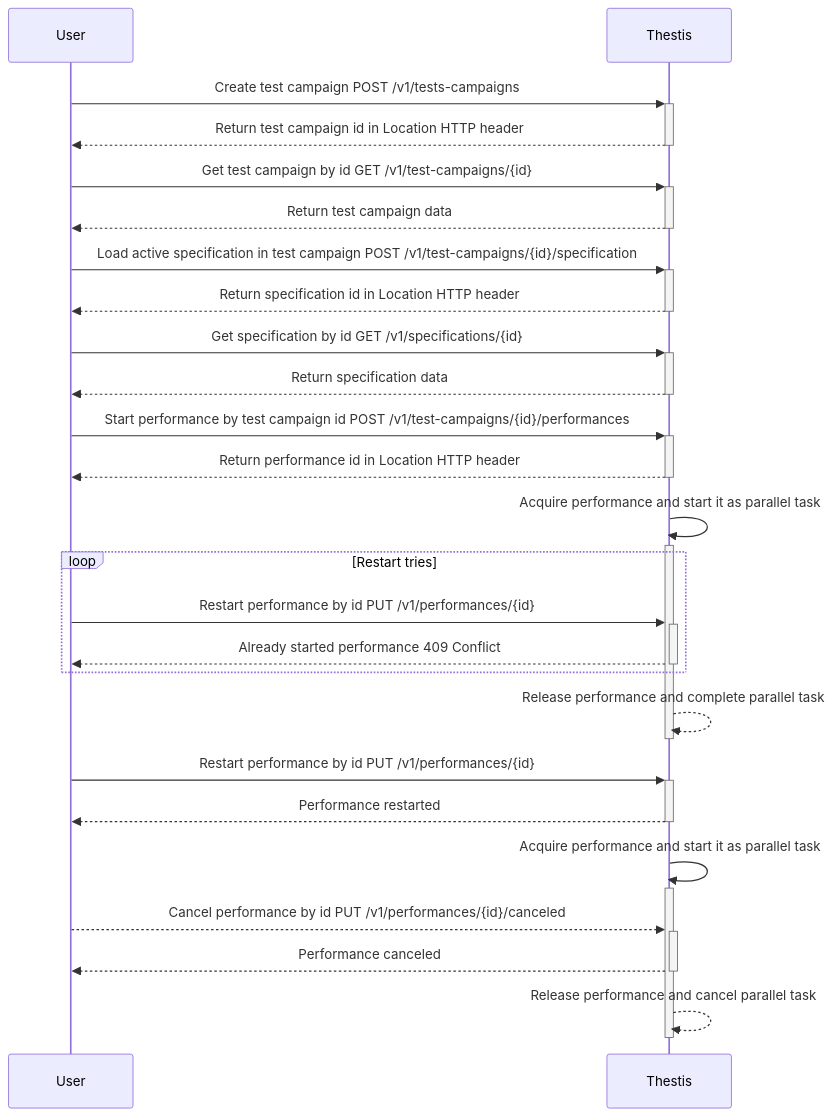
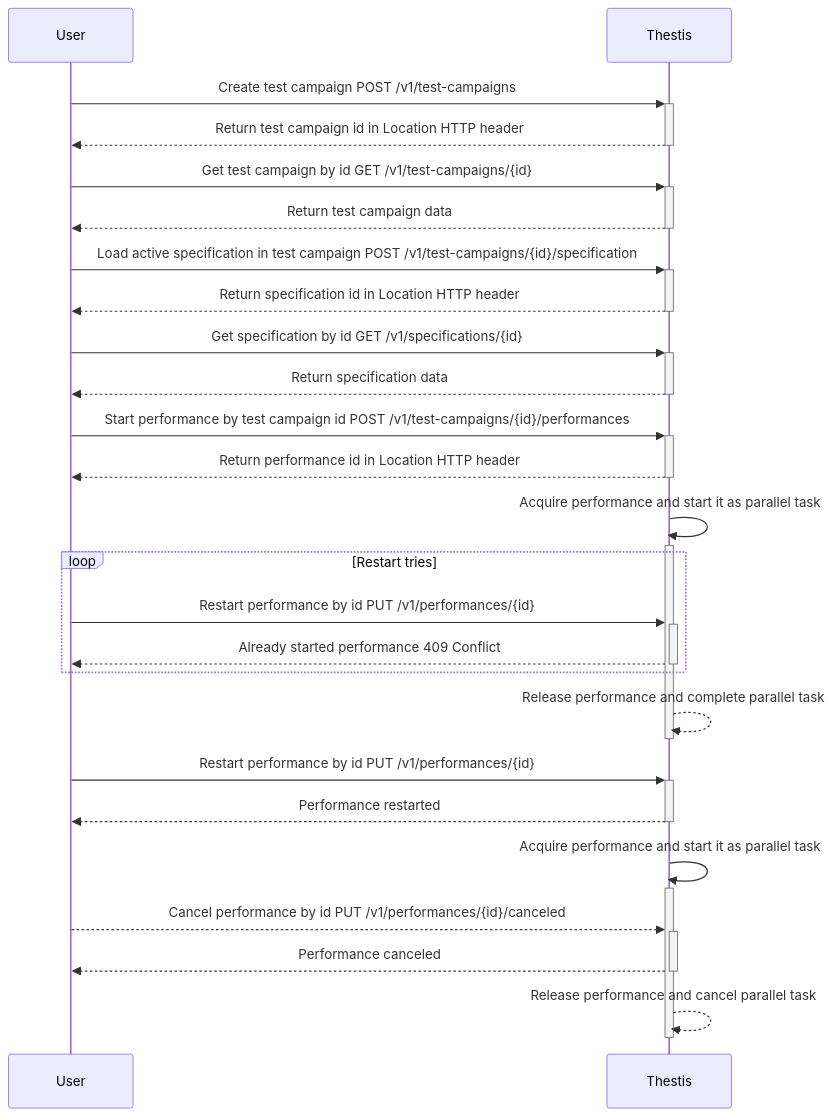
One commit to harpyd/thestis changed the first of 4 diagrams in README.md. Above: the diagram before and after it, drawn with Mermaid.

Commit message:
Fix api path in README.md

````diff
--- a/README.md
+++ b/README.md
@@ -68,25 +68,25 @@
 ```mermaid
 sequenceDiagram
-    User->>+Thestis: Create test campaign POST /v1/tests-campaigns
+    User->>+Thestis: Create test campaign POST /v1/test-campaigns
     Thestis-->>-User: Return test campaign id in Location HTTP header
     User->>+Thestis: Get test campaign by id GET /v1/test-campaigns/{id}
     Thestis-->>-User: Return test campaign data
     User->>+Thestis: Load active specification in test campaign POST /v1/test-campaigns/{id}/specification
     Thestis-->>-User: Return specification id in Location HTTP header
     User->>+Thestis: Get specification by id GET /v1/specifications/{id}
     Thestis-->>-User: Return specification data
     User->>+Thestis: Start performance by test campaign id POST /v1/test-campaigns/{id}/performances
     Thestis-->>-User: Return performance id in Location HTTP header
     Thestis->>+Thestis: Acquire performance and start it as parallel task
     loop Restart tries
         User->>+Thestis: Restart performance by id PUT /v1/performances/{id}
         Thestis-->>-User: Already started performance 409 Conflict
     end
     Thestis-->>-Thestis: Release performance and complete parallel task
     User->>+Thestis: Restart performance by id PUT /v1/performances/{id}
     Thestis-->>-User: Performance restarted
     Thestis->>+Thestis: Acquire performance and start it as parallel task
     User-->>+Thestis: Cancel performance by id PUT /v1/performances/{id}/canceled
     Thestis-->>-User: Performance canceled
     Thestis-->>-Thestis: Release performance and cancel parallel task
 ```
````
